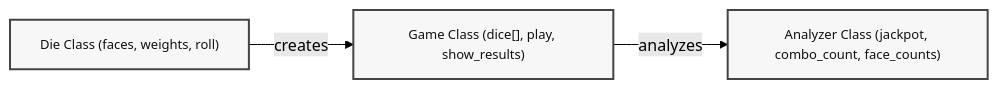
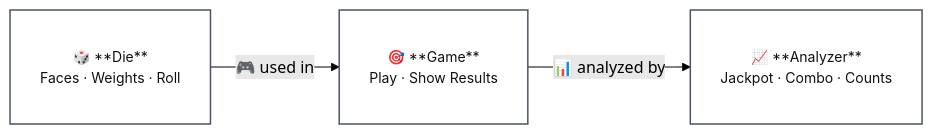
Before and after one commit to tksluangrath/tksluangrath.github.io: the diagram in README.md, drawn with Mermaid (forest theme).

````diff
--- a/README.md
+++ b/README.md
@@ -108,10 +108,8 @@
 ```mermaid
 flowchart LR
-    A["Die Class (faces, weights, roll)"] -->|creates| B["Game Class (dice[], play, show_results)"]
-    B -->|analyzes| C["Analyzer Class (jackpot, combo_count, face_counts)"]
+    classDef nodeStyle fill:#ffffff,stroke:#4b5563,stroke-width:1.5px,color:#111,border-radius:8px,font-size:14px,font-family:Inter,padding:6px;
 
-    classDef classbox fill:#f7f7f7,stroke:#444,stroke-width:2px,color:#111,font-size:13px;
-    class A,B,C classbox;
+    Die[🎲 **Die**<br/>Faces · Weights · Roll]:::nodeStyle -->|🎮 used in| Game[🎯 **Game**<br/>Play · Show Results]:::nodeStyle -->|📊 analyzed by| Analyzer[📈 **Analyzer**<br/>Jackpot · Combo · Counts]:::nodeStyle
 
 
 ```
````
